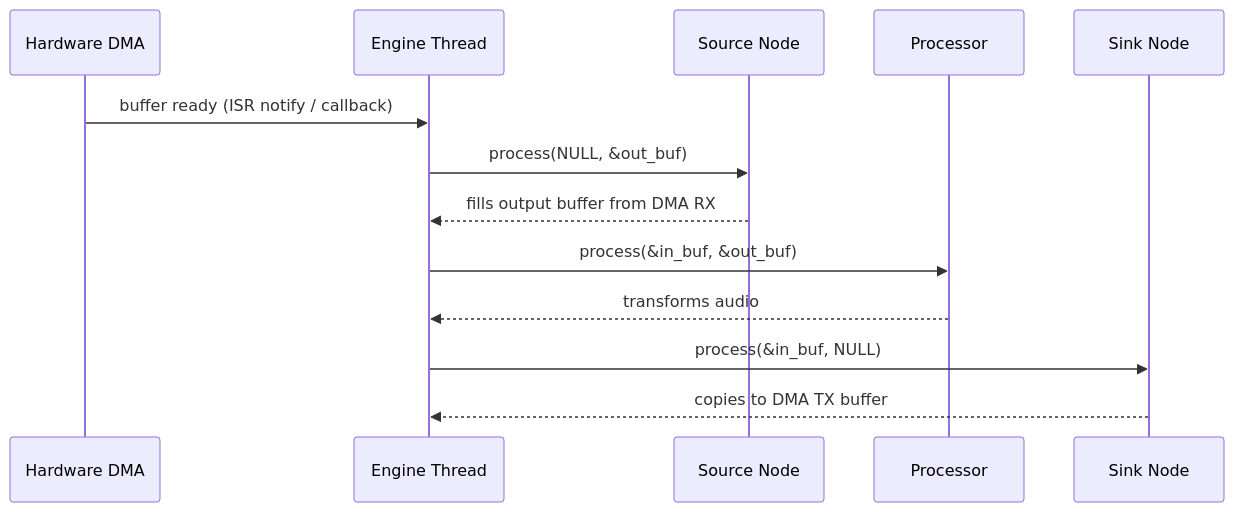
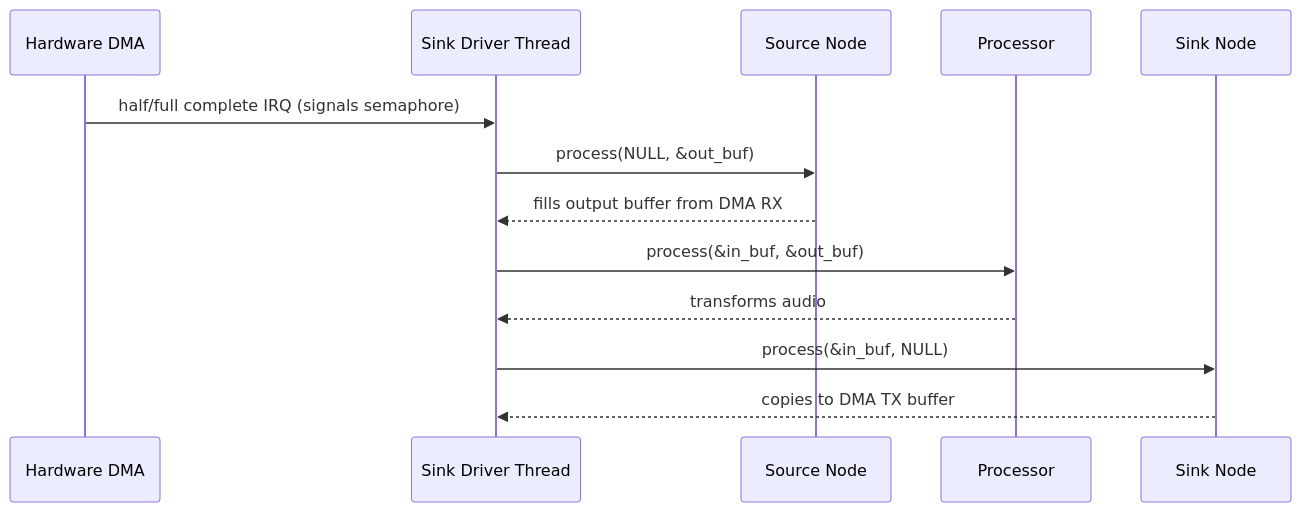
The third of 6 diagrams in docs-site/docs/api/audio.md (Varcain/oveRTOS), drawn with Mermaid before and after one commit. The commit also changed other lines of this file and 20 other files, not shown here.

````diff
--- a/docs-site/docs/api/audio.md
+++ b/docs-site/docs/api/audio.md
@@ -57,16 +59,16 @@
 ```mermaid
 sequenceDiagram
     participant DMA as Hardware DMA
-    participant Engine as Engine Thread
+    participant Drv as Sink Driver Thread
     participant Src as Source Node
     participant Proc as Processor
     participant Sink as Sink Node
 
-    DMA->>Engine: buffer ready (ISR notify / callback)
-    Engine->>Src: process(NULL, &out_buf)
-    Src-->>Engine: fills output buffer from DMA RX
-    Engine->>Proc: process(&in_buf, &out_buf)
-    Proc-->>Engine: transforms audio
-    Engine->>Sink: process(&in_buf, NULL)
-    Sink-->>Engine: copies to DMA TX buffer
+    DMA->>Drv: half/full complete IRQ (signals semaphore)
+    Drv->>Src: process(NULL, &out_buf)
+    Src-->>Drv: fills output buffer from DMA RX
+    Drv->>Proc: process(&in_buf, &out_buf)
+    Proc-->>Drv: transforms audio
+    Drv->>Sink: process(&in_buf, NULL)
+    Sink-->>Drv: copies to DMA TX buffer
 ```
````
